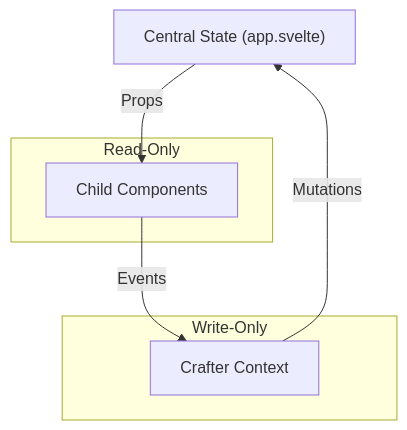
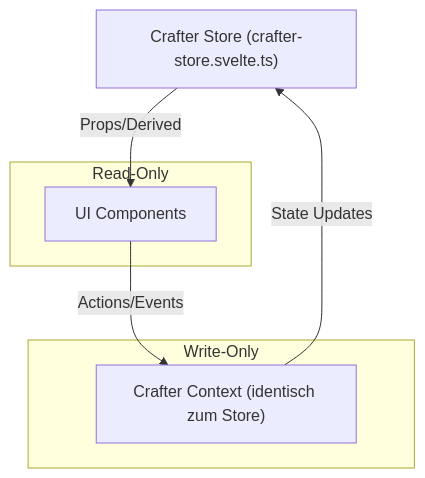
The fifth of 10 diagrams in apps/docs/src/arc42/08-crosscutting-concepts.md (mainzcript/ujl), drawn with Mermaid before and after one commit. The commit also changed other lines of this file and 10 other files, not shown here.

Commit message:
refactor: update architecture documentation to clarify UJL's structure, including detailed descriptions of content and design separation, image storage strategies, and the role of the Crafter in editor workflows, while enhancing overall clarity and consistency across sections

````diff
--- a/apps/docs/src/arc42/08-crosscutting-concepts.md
+++ b/apps/docs/src/arc42/08-crosscutting-concepts.md
@@ -509,14 +356,14 @@
 ```mermaid
 flowchart TB
-    State["Central State (app.svelte)"] -->|"Props"| Children["Child Components"]
-    Children -->|"Events"| Context["Crafter Context"]
-    Context -->|"Mutations"| State
+    State["Crafter Store (crafter-store.svelte.ts)"] -->|"Props/Derived"| Children["UI Components"]
+    Children -->|"Actions/Events"| Context["Crafter Context (identisch zum Store)"]
+    Context -->|"State Updates"| State
 
     subgraph ReadOnly["Read-Only"]
         Children
     end
 
     subgraph WriteOnly["Write-Only"]
         Context
     end
 ```
````
